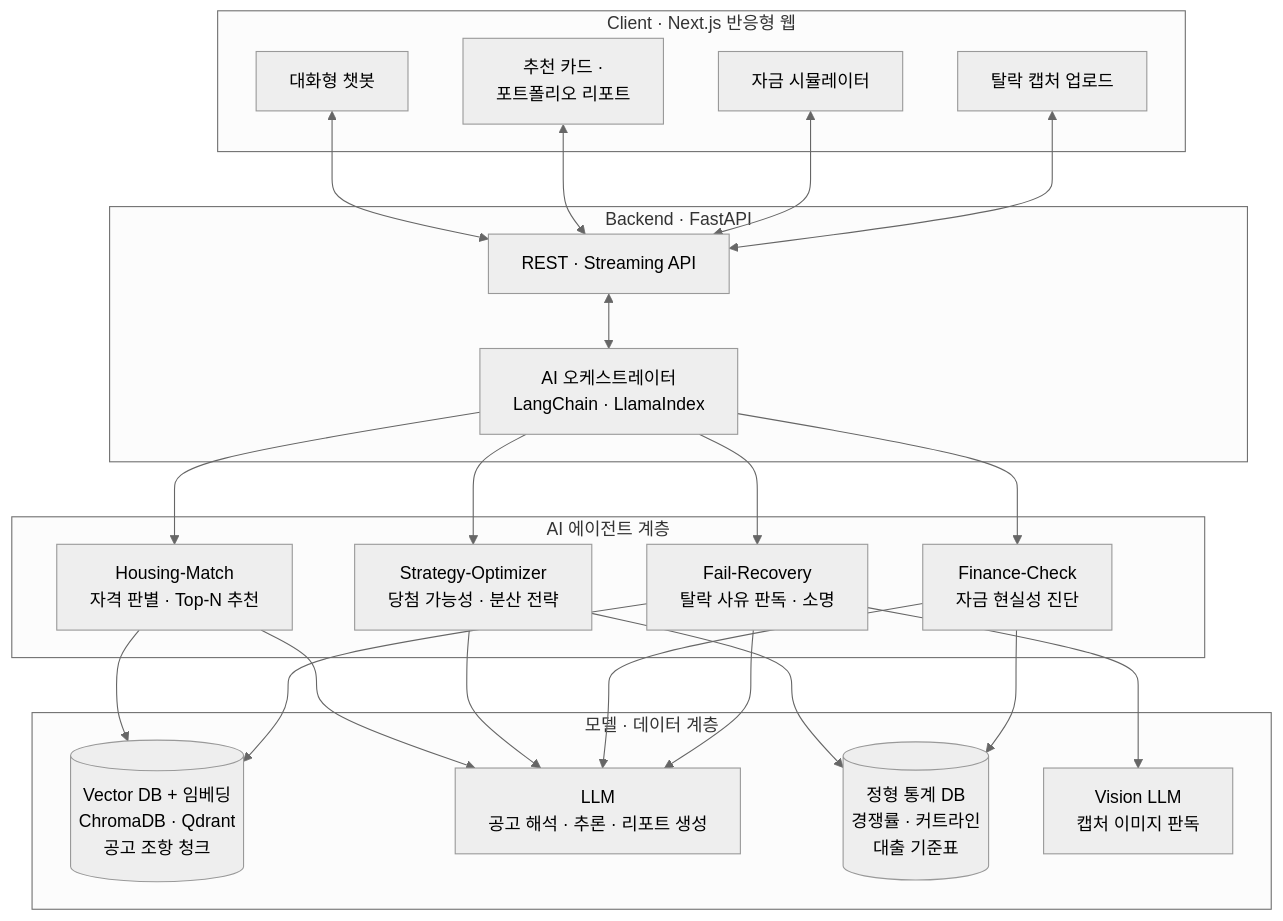
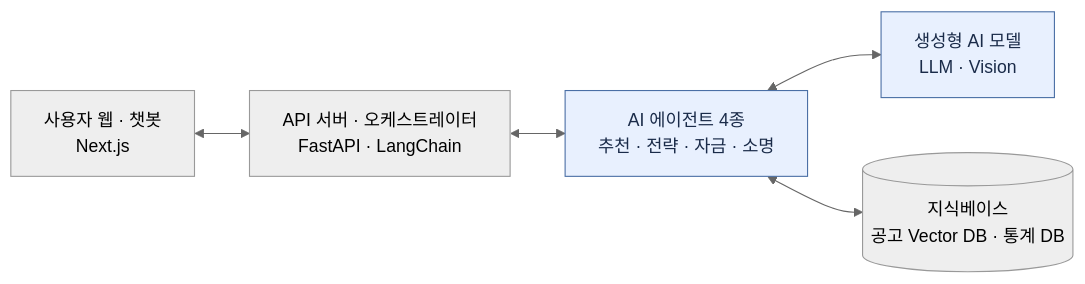
One commit to nixeast/Sessac_Hackerton changed the third of 5 diagrams in Document/IdeaProposal_draft.md. Above: the diagram before and after it, drawn with Mermaid (neutral theme). The commit also changed other lines of this file, not shown here.

Commit message:
add all diagrams

````diff
--- a/Document/IdeaProposal_draft.md
+++ b/Document/IdeaProposal_draft.md
@@ -59,33 +105,10 @@
 ```mermaid
-flowchart TB
-    subgraph CL["Client · Next.js 반응형 웹"]
-        U1["대화형 챗봇"]
-        U2["추천 카드 ·<br/>포트폴리오 리포트"]
-        U3["자금 시뮬레이터"]
-        U4["탈락 캡처 업로드"]
-    end
-    subgraph BE["Backend · FastAPI"]
-        API["REST · Streaming API"]
-        ORC["AI 오케스트레이터<br/>LangChain · LlamaIndex"]
-    end
-    subgraph AG["AI 에이전트 계층"]
-        A1["Housing-Match<br/>자격 판별 · Top-N 추천"]
-        A2["Strategy-Optimizer<br/>당첨 가능성 · 분산 전략"]
-        A3["Finance-Check<br/>자금 현실성 진단"]
-        A4["Fail-Recovery<br/>탈락 사유 판독 · 소명"]
-    end
-    subgraph INF["모델 · 데이터 계층"]
-        VDB[("Vector DB + 임베딩<br/>ChromaDB · Qdrant<br/>공고 조항 청크")]
-        LLM["LLM<br/>공고 해석 · 추론 · 리포트 생성"]
-        SDB[("정형 통계 DB<br/>경쟁률 · 커트라인<br/>대출 기준표")]
-        VIS["Vision LLM<br/>캡처 이미지 판독"]
-    end
-    U1 & U2 & U3 & U4 <--> API
-    API <--> ORC
-    ORC --> A1 & A2 & A3 & A4
-    A1 --> VDB
-    A1 & A2 & A3 & A4 --> LLM
-    A2 & A3 --> SDB
-    A4 --> VIS
-    A4 --> VDB
+flowchart LR
+    U["사용자 웹 · 챗봇<br/>Next.js"] <--> S["API 서버 · 오케스트레이터<br/>FastAPI · LangChain"]
+    S <--> AG["AI 에이전트 4종<br/>추천 · 전략 · 자금 · 소명"]
+    AG <--> M["생성형 AI 모델<br/>LLM · Vision"]
+    AG <--> D[("지식베이스<br/>공고 Vector DB · 통계 DB")]
+
+    classDef ai fill:#e8f0fe,stroke:#4a6fa5,color:#1a2b49
+    class AG,M ai
 ```
````
